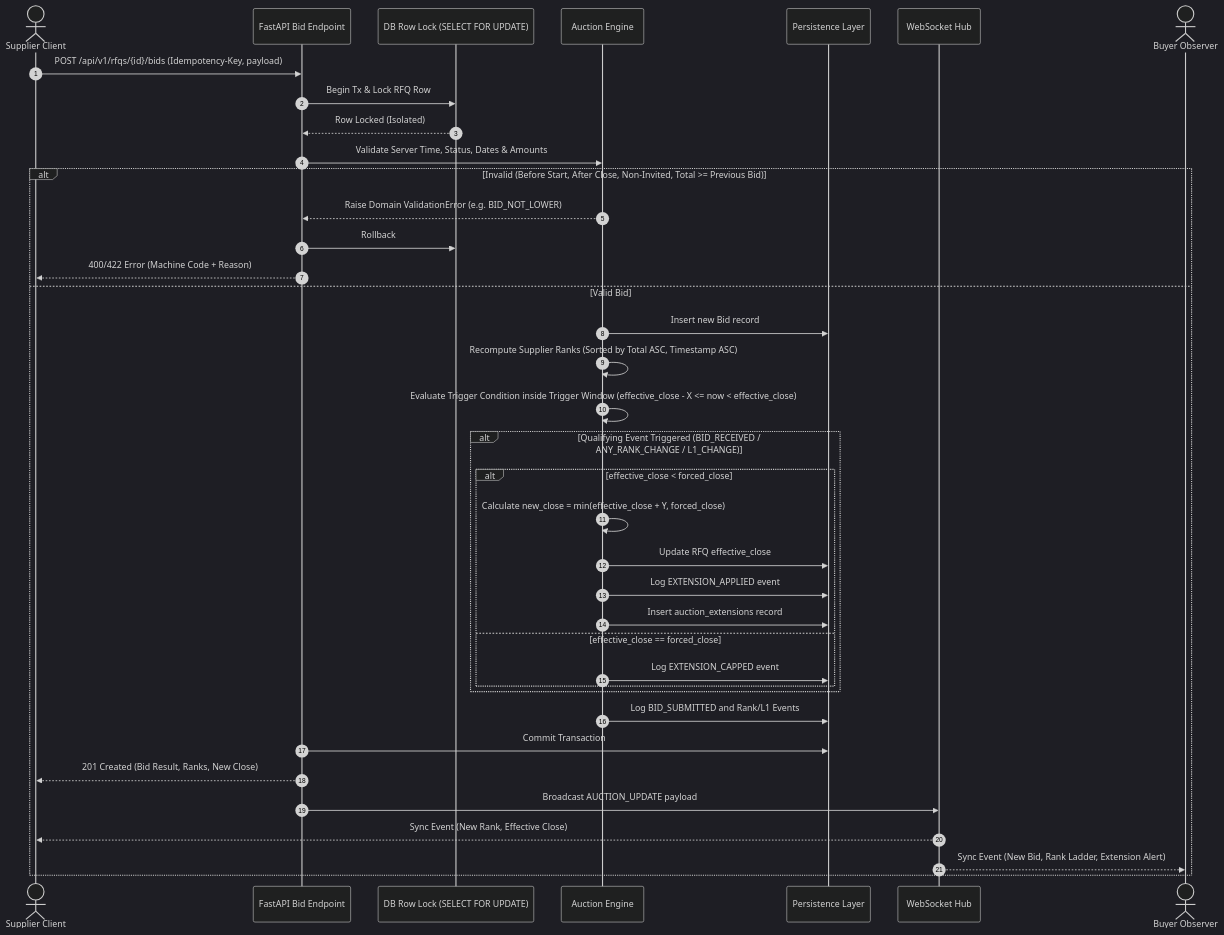
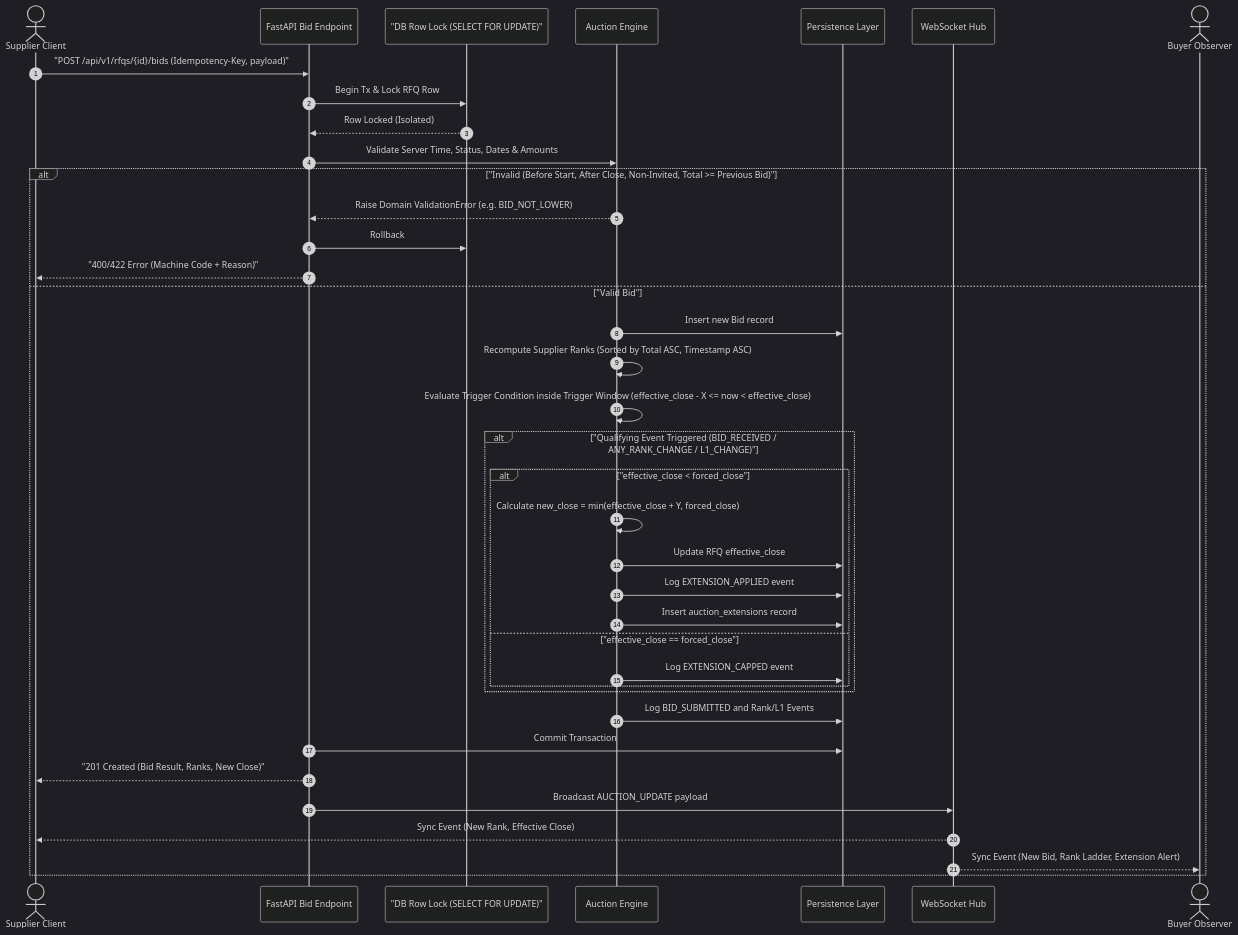
Before and after one commit to Venkateswar8703/British-Auction-in-RFQ-System: the second of 2 diagrams in docs/HLD.md, drawn with Mermaid (dark theme). The commit also changed other lines of this file and 2 other files, not shown here.

Commit message:
docs: validate mermaid diagrams with mmdc and add static architecture png fallback

````diff
--- a/docs/HLD.md
+++ b/docs/HLD.md
@@ -101,44 +101,44 @@
 ```mermaid
 sequenceDiagram
     autonumber
     actor Supplier as Supplier Client
     participant API as FastAPI Bid Endpoint
-    participant Lock as DB Row Lock (SELECT FOR UPDATE)
+    participant Lock as "DB Row Lock (SELECT FOR UPDATE)"
     participant Engine as Auction Engine
     participant DB as Persistence Layer
     participant WS as WebSocket Hub
     actor Buyer as Buyer Observer
 
-    Supplier->>API: POST /api/v1/rfqs/{id}/bids (Idempotency-Key, payload)
+    Supplier->>API: "POST /api/v1/rfqs/{id}/bids (Idempotency-Key, payload)"
     API->>Lock: Begin Tx & Lock RFQ Row
     Lock-->>API: Row Locked (Isolated)
     
     API->>Engine: Validate Server Time, Status, Dates & Amounts
-    alt Invalid (Before Start, After Close, Non-Invited, Total >= Previous Bid)
+    alt "Invalid (Before Start, After Close, Non-Invited, Total >= Previous Bid)"
         Engine-->>API: Raise Domain ValidationError (e.g. BID_NOT_LOWER)
         API->>Lock: Rollback
-        API-->>Supplier: 400/422 Error (Machine Code + Reason)
-    else Valid Bid
+        API-->>Supplier: "400/422 Error (Machine Code + Reason)"
+    else "Valid Bid"
         Engine->>DB: Insert new Bid record
         Engine->>Engine: Recompute Supplier Ranks (Sorted by Total ASC, Timestamp ASC)
         Engine->>Engine: Evaluate Trigger Condition inside Trigger Window (effective_close - X <= now < effective_close)
         
-        alt Qualifying Event Triggered (BID_RECEIVED / ANY_RANK_CHANGE / L1_CHANGE)
-            alt effective_close < forced_close
+        alt "Qualifying Event Triggered (BID_RECEIVED / ANY_RANK_CHANGE / L1_CHANGE)"
+            alt "effective_close < forced_close"
                 Engine->>Engine: Calculate new_close = min(effective_close + Y, forced_close)
                 Engine->>DB: Update RFQ effective_close
                 Engine->>DB: Log EXTENSION_APPLIED event
                 Engine->>DB: Insert auction_extensions record
-            else effective_close == forced_close
+            else "effective_close == forced_close"
                 Engine->>DB: Log EXTENSION_CAPPED event
             end
         end
         
         Engine->>DB: Log BID_SUBMITTED and Rank/L1 Events
         API->>DB: Commit Transaction
-        API-->>Supplier: 201 Created (Bid Result, Ranks, New Close)
+        API-->>Supplier: "201 Created (Bid Result, Ranks, New Close)"
         API->>WS: Broadcast AUCTION_UPDATE payload
         WS-->>Supplier: Sync Event (New Rank, Effective Close)
         WS-->>Buyer: Sync Event (New Bid, Rank Ladder, Extension Alert)
     end
 ```
````
